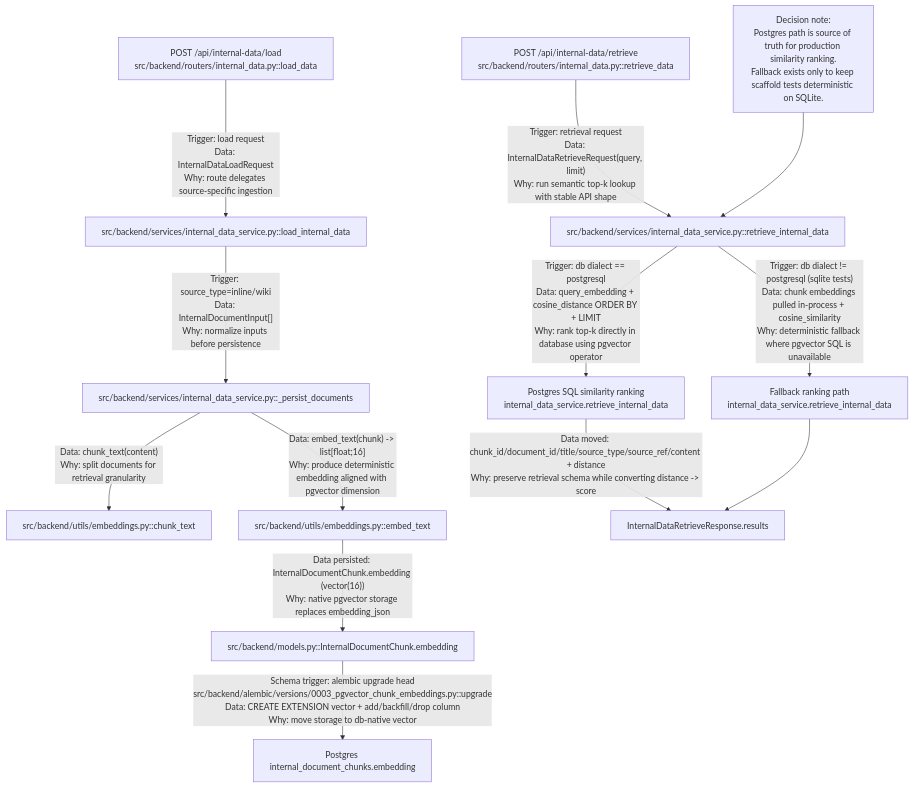
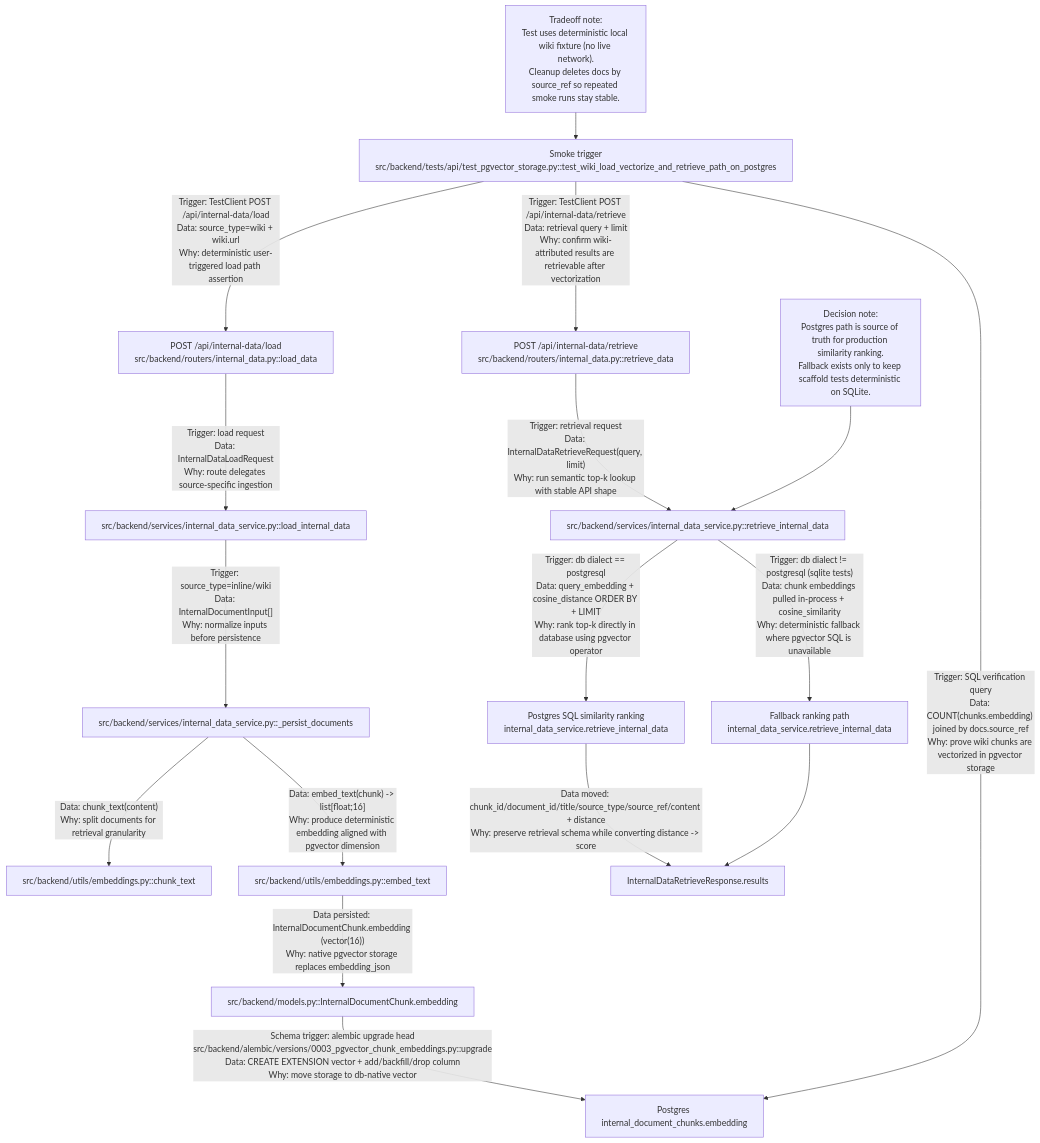
Before and after one commit to Nickbohm555/agent-search: the diagram in docs/internal-data-pgvector-storage-flow.mermaid, drawn with Mermaid. The commit also changed 2 other files, not shown here.

Commit message:
ralph loop 5 (build): Worked on: completed P1 deterministic smoke path for wiki load -> pgvector vectorization -> retrieval via new backend smoke test; tests: added `src/backend/tests/api/test_pgvector_storage.py::test_wiki_load_vectorize_and_retrieve_path_on_postgres` (asserts load success counts, non-null pgvector embeddings for wiki source_ref, retrievable wiki-attributed result, cleanup), and re-validated `curl /api/health`, `docker compose exec backend uv run pytest` (52 passed), `docker compose exec frontend npm run test` (26 passed), `docker compose exec frontend npm run typecheck` (pass). Blocked: none.

```diff
--- a/docs/internal-data-pgvector-storage-flow.mermaid
+++ b/docs/internal-data-pgvector-storage-flow.mermaid
@@ -1,13 +1,17 @@
 flowchart TD
     A["POST /api/internal-data/load\nsrc/backend/routers/internal_data.py::load_data"] -->|"Trigger: load request\nData: InternalDataLoadRequest\nWhy: route delegates source-specific ingestion"| B["src/backend/services/internal_data_service.py::load_internal_data"]
     B -->|"Trigger: source_type=inline/wiki\nData: InternalDocumentInput[]\nWhy: normalize inputs before persistence"| C["src/backend/services/internal_data_service.py::_persist_documents"]
     C -->|"Data: chunk_text(content)\nWhy: split documents for retrieval granularity"| D["src/backend/utils/embeddings.py::chunk_text"]
     C -->|"Data: embed_text(chunk) -> list[float;16]\nWhy: produce deterministic embedding aligned with pgvector dimension"| E["src/backend/utils/embeddings.py::embed_text"]
     E -->|"Data persisted: InternalDocumentChunk.embedding (vector(16))\nWhy: native pgvector storage replaces embedding_json"| F["src/backend/models.py::InternalDocumentChunk.embedding"]
     F -->|"Schema trigger: alembic upgrade head\nsrc/backend/alembic/versions/0003_pgvector_chunk_embeddings.py::upgrade\nData: CREATE EXTENSION vector + add/backfill/drop column\nWhy: move storage to db-native vector"| G["Postgres internal_document_chunks.embedding"]
     H["POST /api/internal-data/retrieve\nsrc/backend/routers/internal_data.py::retrieve_data"] -->|"Trigger: retrieval request\nData: InternalDataRetrieveRequest(query, limit)\nWhy: run semantic top-k lookup with stable API shape"| I["src/backend/services/internal_data_service.py::retrieve_internal_data"]
     I -->|"Trigger: db dialect == postgresql\nData: query_embedding + cosine_distance ORDER BY + LIMIT\nWhy: rank top-k directly in database using pgvector operator"| K["Postgres SQL similarity ranking\ninternal_data_service.retrieve_internal_data"]
     K -->|"Data moved: chunk_id/document_id/title/source_type/source_ref/content + distance\nWhy: preserve retrieval schema while converting distance -> score"| L["InternalDataRetrieveResponse.results"]
     I -->|"Trigger: db dialect != postgresql (sqlite tests)\nData: chunk embeddings pulled in-process + cosine_similarity\nWhy: deterministic fallback where pgvector SQL is unavailable"| M["Fallback ranking path\ninternal_data_service.retrieve_internal_data"]
     M --> L
     N["Decision note:\nPostgres path is source of truth for production similarity ranking.\nFallback exists only to keep scaffold tests deterministic on SQLite."] --> I
+    T["Smoke trigger\nsrc/backend/tests/api/test_pgvector_storage.py::test_wiki_load_vectorize_and_retrieve_path_on_postgres"] -->|"Trigger: TestClient POST /api/internal-data/load\nData: source_type=wiki + wiki.url\nWhy: deterministic user-triggered load path assertion"| A
+    T -->|"Trigger: SQL verification query\nData: COUNT(chunks.embedding) joined by docs.source_ref\nWhy: prove wiki chunks are vectorized in pgvector storage"| G
+    T -->|"Trigger: TestClient POST /api/internal-data/retrieve\nData: retrieval query + limit\nWhy: confirm wiki-attributed results are retrievable after vectorization"| H
+    U["Tradeoff note:\nTest uses deterministic local wiki fixture (no live network).\nCleanup deletes docs by source_ref so repeated smoke runs stay stable."] --> T
```
